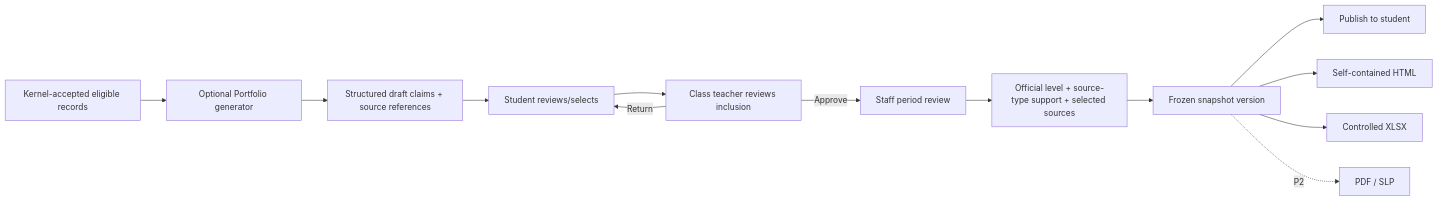
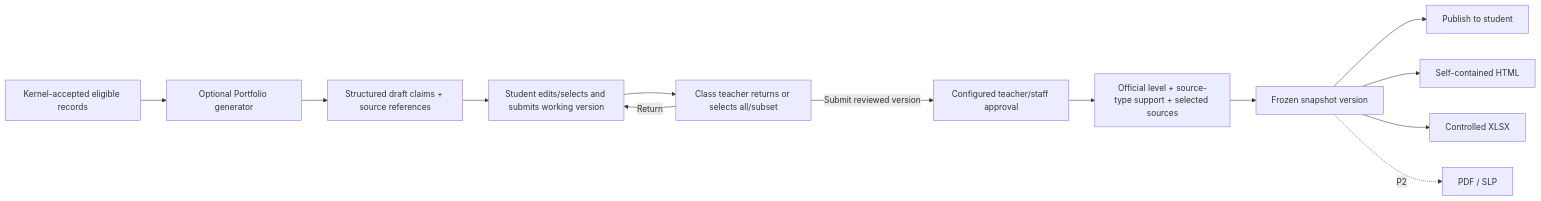
Before and after one commit to heison-octopus/testing-port: the diagram in output/English/SRS/SRS-09 Portfolio Proud Moments and exports.md, drawn with Mermaid. The commit also changed other lines of this file and 117 other files, not shown here.

````diff
--- a/output/English/SRS/SRS-09 Portfolio Proud Moments and exports.md
+++ b/output/English/SRS/SRS-09 Portfolio Proud Moments and exports.md
@@ -52,15 +61,15 @@
 ```mermaid
 flowchart LR
     Eligible[Kernel-accepted eligible records] --> Generate[Optional Portfolio generator]
     Generate --> Claims[Structured draft claims + source references]
-    Claims --> Student[Student reviews/selects]
-    Student --> ClassTeacher[Class teacher reviews inclusion]
+    Claims --> Student[Student edits/selects and submits working version]
+    Student --> ClassTeacher[Class teacher returns or selects all/subset]
     ClassTeacher -->|Return| Student
-    ClassTeacher -->|Approve| Staff[Staff period review]
+    ClassTeacher -->|Submit reviewed version| Staff[Configured teacher/staff approval]
     Staff --> Breakdown[Official level + source-type support + selected sources]
     Breakdown --> Snapshot[Frozen snapshot version]
     Snapshot --> Publish[Publish to student]
     Snapshot --> HTML[Self-contained HTML]
     Snapshot --> XLSX[Controlled XLSX]
     Snapshot -. P2 .-> PDF[PDF / SLP]
 ```
````
